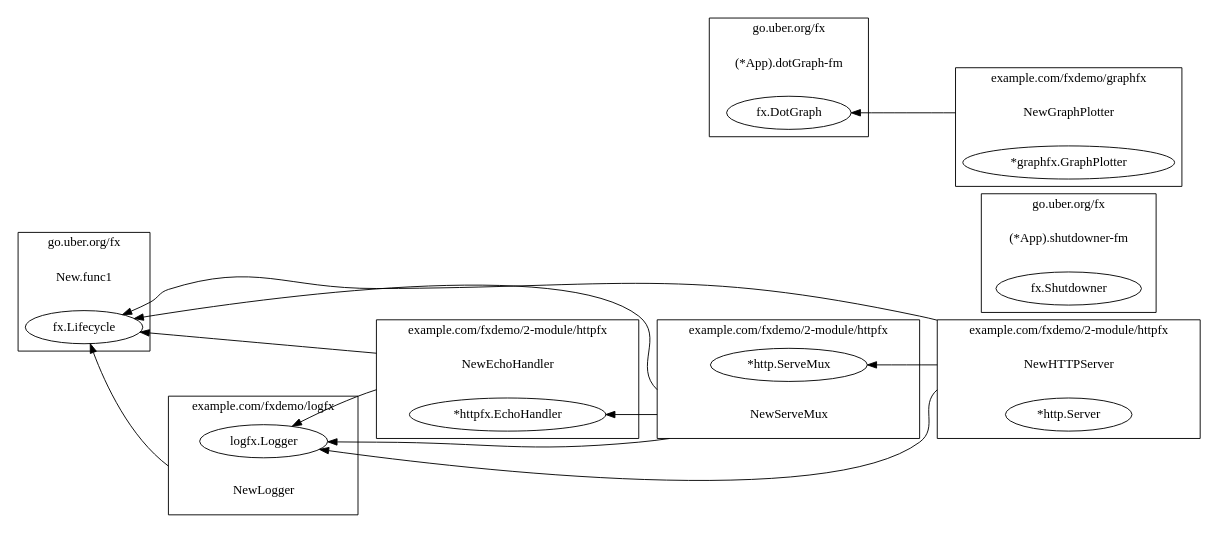
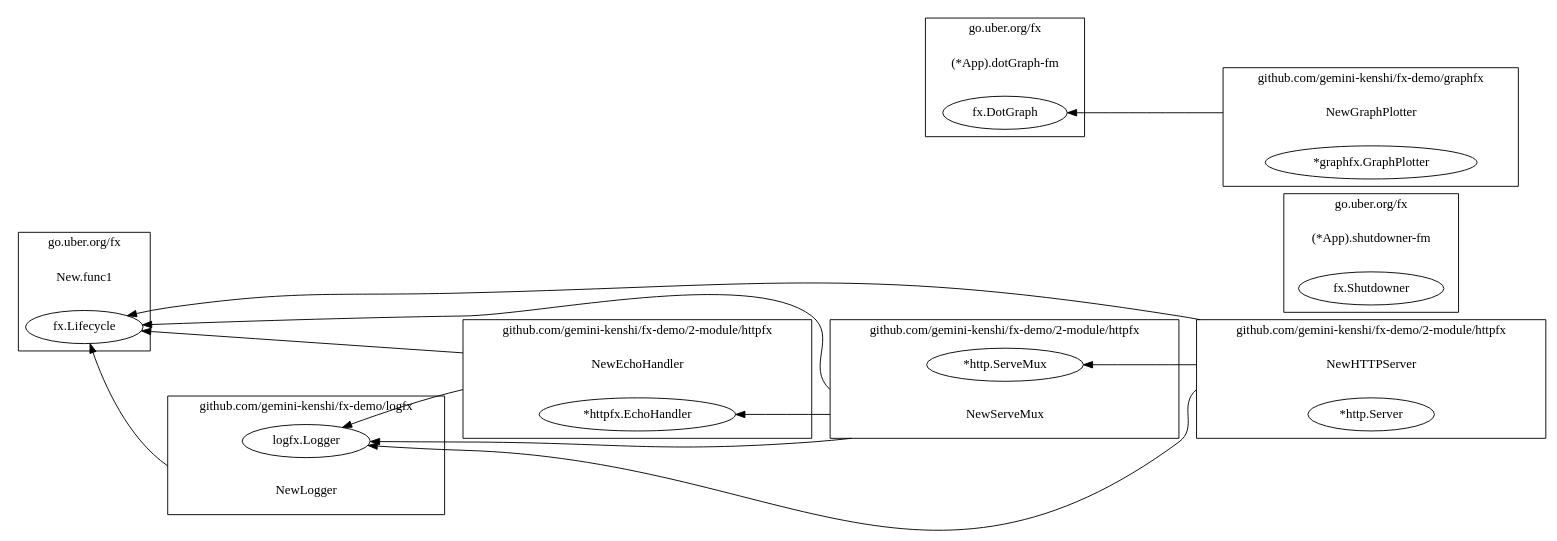
Before and after one commit to gemini-kenshi/fx-demo: the diagram in 2-module/dotGraph.dot, drawn with Graphviz. The commit also changed 13 other files, not shown here.

```diff
--- a/2-module/dotGraph.dot
+++ b/2-module/dotGraph.dot
@@ -1,98 +1,98 @@
 digraph {
 	rankdir=RL;
 	graph [compound=true];
 	
 		subgraph cluster_0 {
 			label = "go.uber.org/fx";
 			constructor_0 [shape=plaintext label="New.func1"];
 			
 			"fx.Lifecycle" [label=<fx.Lifecycle>];
 			
 		}
 		
 		
 		subgraph cluster_1 {
 			label = "go.uber.org/fx";
 			constructor_1 [shape=plaintext label="(*App).shutdowner-fm"];
 			
 			"fx.Shutdowner" [label=<fx.Shutdowner>];
 			
 		}
 		
 		
 		subgraph cluster_2 {
 			label = "go.uber.org/fx";
 			constructor_2 [shape=plaintext label="(*App).dotGraph-fm"];
 			
 			"fx.DotGraph" [label=<fx.DotGraph>];
 			
 		}
 		
 		
 		subgraph cluster_3 {
-			label = "example.com/fxdemo/graphfx";
+			label = "github.com/gemini-kenshi/fx-demo/graphfx";
 			constructor_3 [shape=plaintext label="NewGraphPlotter"];
 			
 			"*graphfx.GraphPlotter" [label=<*graphfx.GraphPlotter>];
 			
 		}
 		
 			constructor_3 -> "fx.DotGraph" [ltail=cluster_3];
 		
 		
 		subgraph cluster_4 {
-			label = "example.com/fxdemo/2-module/httpfx";
+			label = "github.com/gemini-kenshi/fx-demo/2-module/httpfx";
 			constructor_4 [shape=plaintext label="NewHTTPServer"];
 			
 			"*http.Server" [label=<*http.Server>];
 			
 		}
 		
 			constructor_4 -> "fx.Lifecycle" [ltail=cluster_4];
 		
 			constructor_4 -> "logfx.Logger" [ltail=cluster_4];
 		
 			constructor_4 -> "*http.ServeMux" [ltail=cluster_4];
 		
 		
 		subgraph cluster_5 {
-			label = "example.com/fxdemo/2-module/httpfx";
+			label = "github.com/gemini-kenshi/fx-demo/2-module/httpfx";
 			constructor_5 [shape=plaintext label="NewEchoHandler"];
 			
 			"*httpfx.EchoHandler" [label=<*httpfx.EchoHandler>];
 			
 		}
 		
 			constructor_5 -> "fx.Lifecycle" [ltail=cluster_5];
 		
 			constructor_5 -> "logfx.Logger" [ltail=cluster_5];
 		
 		
 		subgraph cluster_6 {
-			label = "example.com/fxdemo/2-module/httpfx";
+			label = "github.com/gemini-kenshi/fx-demo/2-module/httpfx";
 			constructor_6 [shape=plaintext label="NewServeMux"];
 			
 			"*http.ServeMux" [label=<*http.ServeMux>];
 			
 		}
 		
 			constructor_6 -> "fx.Lifecycle" [ltail=cluster_6];
 		
 			constructor_6 -> "logfx.Logger" [ltail=cluster_6];
 		
 			constructor_6 -> "*httpfx.EchoHandler" [ltail=cluster_6];
 		
 		
 		subgraph cluster_7 {
-			label = "example.com/fxdemo/logfx";
+			label = "github.com/gemini-kenshi/fx-demo/logfx";
 			constructor_7 [shape=plaintext label="NewLogger"];
 			
 			"logfx.Logger" [label=<logfx.Logger>];
 			
 		}
 		
 			constructor_7 -> "fx.Lifecycle" [ltail=cluster_7];
 		
 		
 	
 }
```
